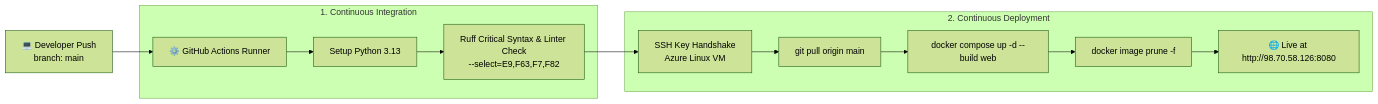
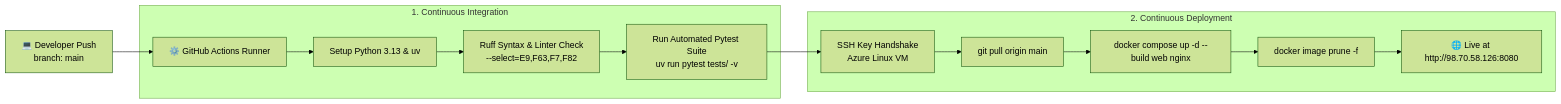
One commit to BaoNguyenz/End-to-end-Medical-Ai-Chatbox changed the diagram in README.md. Above: the diagram before and after it, drawn with Mermaid (forest theme). The commit also changed other lines of this file and 1 other file, not shown here.

````diff
--- a/README.md
+++ b/README.md
@@ -204,18 +217,19 @@
 ```mermaid
 flowchart LR
     Dev[💻 Developer Push\nbranch: main] --> GHA[⚙️ GitHub Actions Runner]
     
     subgraph CI [1. Continuous Integration]
-        GHA --> Setup[Setup Python 3.13]
-        Setup --> Lint[Ruff Critical Syntax & Linter Check\n--select=E9,F63,F7,F82]
+        GHA --> Setup[Setup Python 3.13 & uv]
+        Setup --> Lint[Ruff Syntax & Linter Check\n--select=E9,F63,F7,F82]
+        Lint --> Pytest[Run Automated Pytest Suite\nuv run pytest tests/ -v]
     end
     
     subgraph CD [2. Continuous Deployment]
-        Lint --> SSH[SSH Key Handshake\nAzure Linux VM]
+        Pytest --> SSH[SSH Key Handshake\nAzure Linux VM]
         SSH --> Pull[git pull origin main]
-        Pull --> Build[docker compose up -d --build web]
+        Pull --> Build[docker compose up -d --build web nginx]
         Clean[docker image prune -f]
         Build --> Clean
         Clean --> Live[🌐 Live at http://98.70.58.126:8080]
     end
 ```
````
